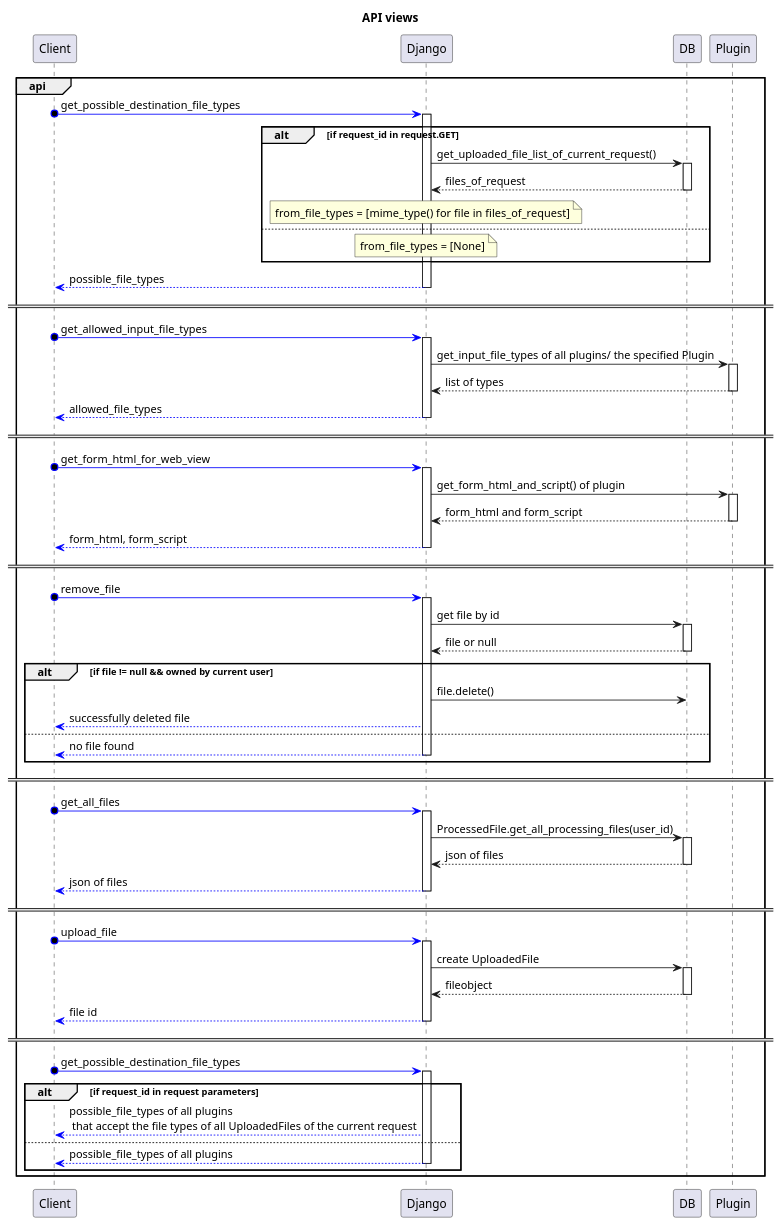
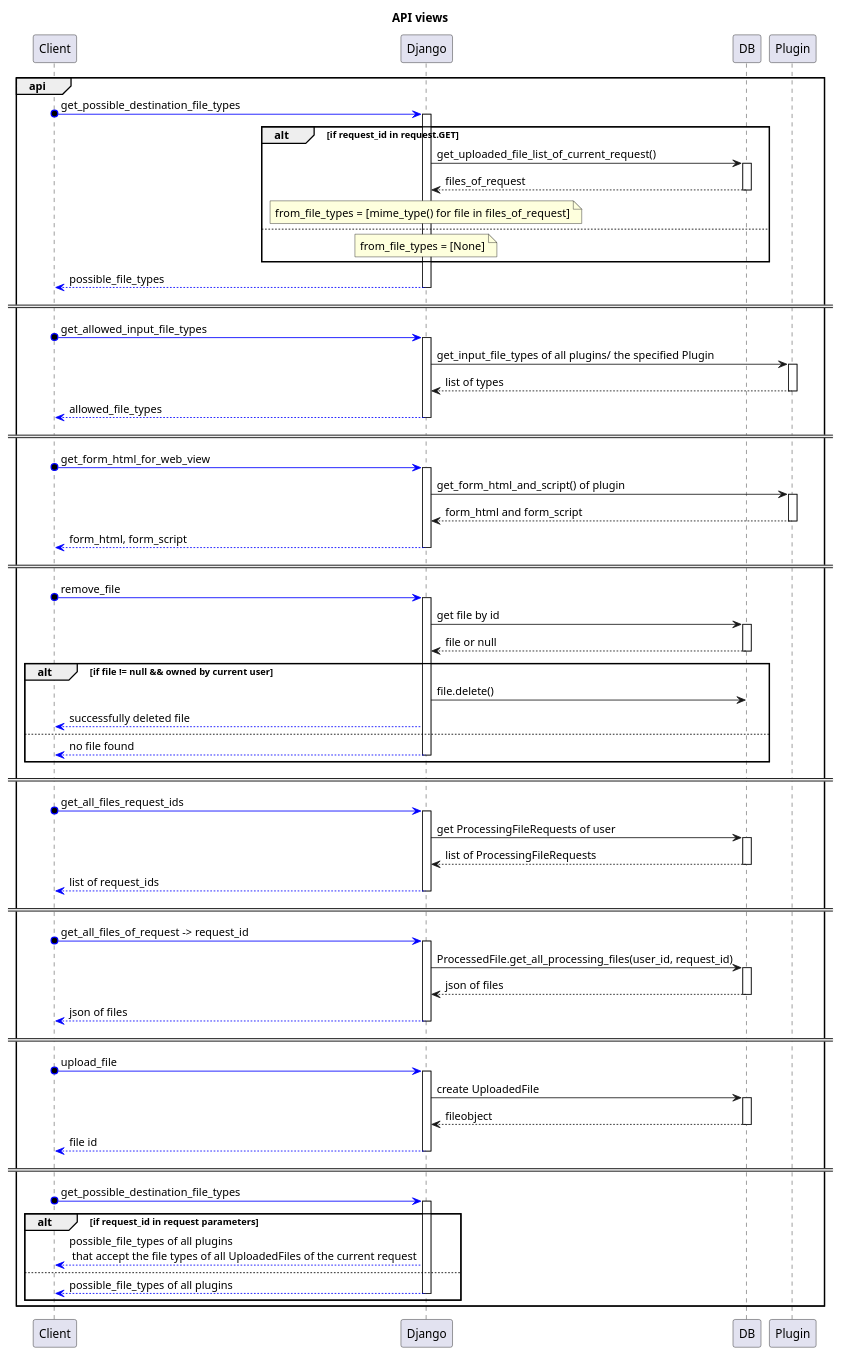
One commit to pIlIp-d/PDF-Compressor changed the diagram in documentation/views/django_api.puml. Above: the diagram before and after it, drawn with PlantUML.

Commit message:
updated docu for api requests

```diff
--- a/documentation/views/django_api.puml
+++ b/documentation/views/django_api.puml
@@ -1,87 +1,97 @@
 @startuml
 title API views
 
 
 group api
     Client o-[#blue]> Django: get_possible_destination_file_types
     activate Django
         alt if request_id in request.GET
             Django -> DB: get_uploaded_file_list_of_current_request()
             activate DB
             DB --> Django: files_of_request
             deactivate DB
             note over Django: from_file_types =  [mime_type() for file in files_of_request]
         else
             note over Django: from_file_types = [None]
         end
     Django --[#blue]> Client: possible_file_types
     deactivate Django
 ====
     Client o-[#blue]> Django: get_allowed_input_file_types
     activate Django
         Django -> Plugin: get_input_file_types of all plugins/ the specified Plugin
         activate Plugin
         Plugin --> Django: list of types
         deactivate Plugin
         Django --[#blue]> Client: allowed_file_types
     deactivate Django
 
 ====
     Client o-[#blue]> Django: get_form_html_for_web_view
     activate Django
         Django -> Plugin: get_form_html_and_script() of plugin
         activate Plugin
             Plugin --> Django: form_html and form_script
         deactivate Plugin
         Django --[#blue]> Client: form_html, form_script
     deactivate Django
 
     ====
     Client o-[#blue]> Django: remove_file
     activate Django
         Django -> DB: get file by id
         activate DB
             DB --> Django: file or null
         deactivate DB
         alt if file != null && owned by current user
             Django -> DB: file.delete()
             Django -[#blue]-> Client: successfully deleted file
         else
             Django -[#blue]-> Client: no file found
             deactivate Django
        end
+====
+
+    Client o-[#blue]> Django: get_all_files_request_ids
+    activate Django
+    Django -> DB: get ProcessingFileRequests of user
+    activate DB
+    DB --> Django: list of ProcessingFileRequests
+    deactivate DB
+    Django -[#blue]-> Client: list of request_ids
+    deactivate Django
 
 ====
-    Client o-[#blue]> Django: get_all_files
+    Client o-[#blue]> Django: get_all_files_of_request -> request_id
     activate Django
-    Django -> DB: ProcessedFile.get_all_processing_files(user_id)
+    Django -> DB: ProcessedFile.get_all_processing_files(user_id, request_id)
     activate DB
     DB --> Django: json of files
     deactivate DB
     Django -[#blue]-> Client: json of files
     deactivate Django
 
 ====
     Client o-[#blue]> Django: upload_file
     activate Django
         Django -> DB: create UploadedFile
         activate DB
         DB --> Django: fileobject
         deactivate DB
     Django -[#blue]-> Client: file id
     deactivate Django
 
 ====
     Client o-[#blue]> Django: get_possible_destination_file_types
     activate Django
         alt if request_id in request parameters
             Django -[#blue]-> Client: possible_file_types of all plugins\n that accept the file types of all UploadedFiles of the current request
         else
             Django -[#blue]-> Client: possible_file_types of all plugins
             deactivate Django
         end
 end
 
 
 
 @enduml
```
